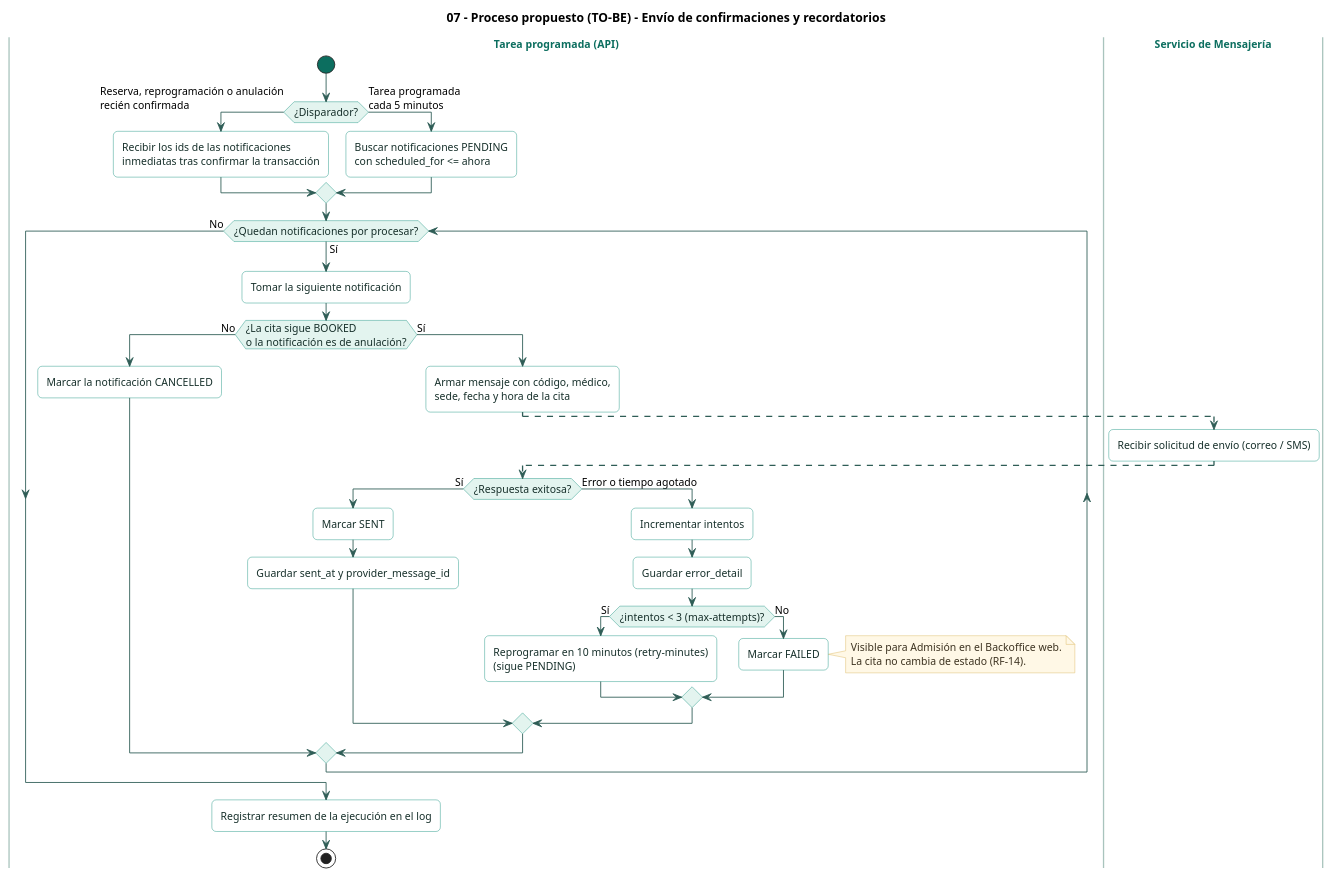
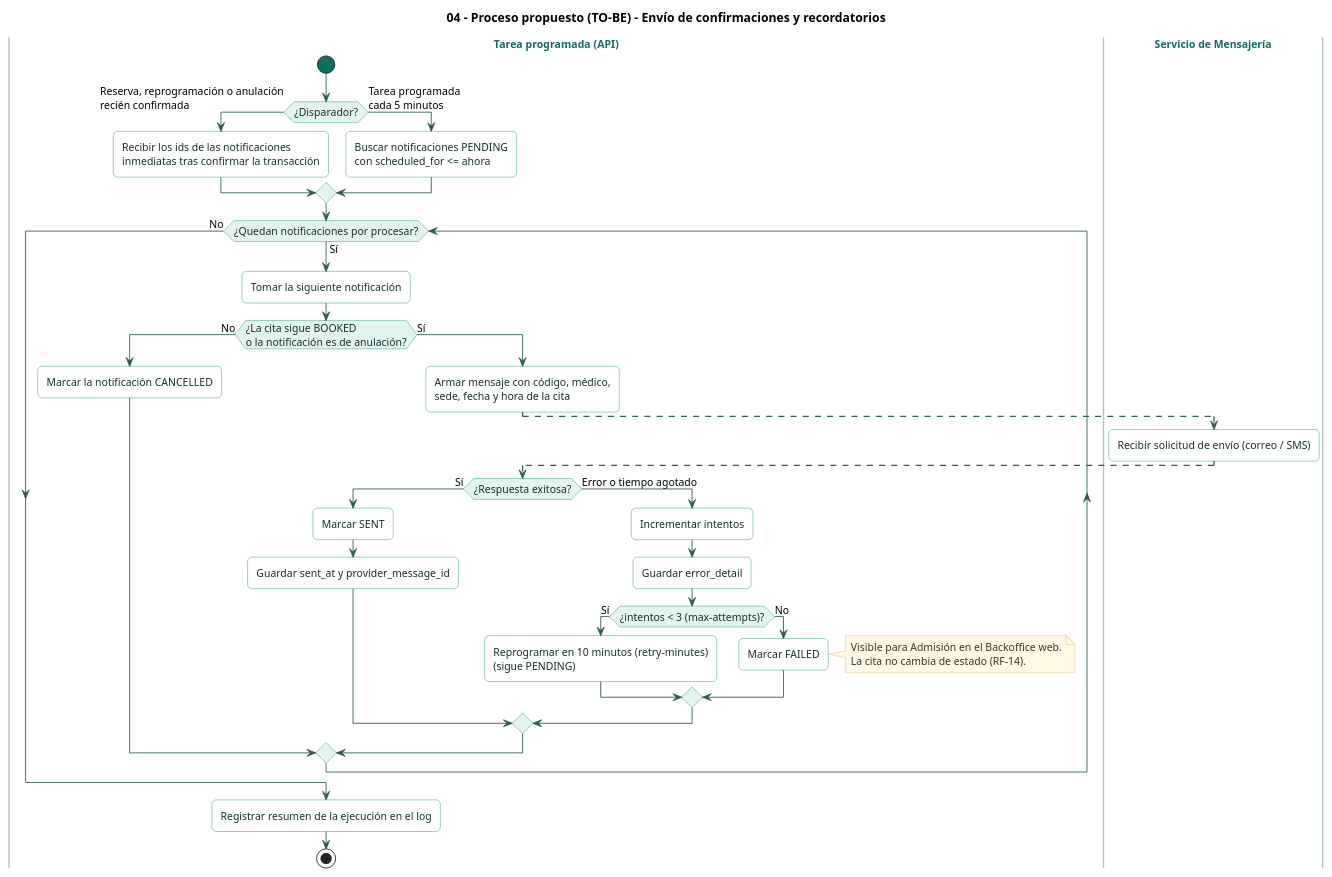
One commit to Jimena-CC/ProyectoCitasMedicas changed the diagram in docs/diagrams/processes/proposed/04-process-notifications.puml. Above: the diagram before and after it, drawn with PlantUML. The commit also changed 11 other files, not shown here.

Commit message:
docs(diagramas): quitar numeración de los títulos de los diagramas

```diff
--- a/docs/diagrams/processes/proposed/04-process-notifications.puml
+++ b/docs/diagrams/processes/proposed/04-process-notifications.puml
@@ -1,71 +1,71 @@
 @startuml
-title 07 - Proceso propuesto (TO-BE) - Envío de confirmaciones y recordatorios
+title 04 - Proceso propuesto (TO-BE) - Envío de confirmaciones y recordatorios
 
 skinparam shadowing false
 skinparam roundCorner 10
 skinparam defaultFontName "Helvetica"
 skinparam defaultFontSize 12
 skinparam ArrowColor #2F5D56
 skinparam SwimlaneBorderColor #A9C4BD
 skinparam SwimlaneTitleFontColor #0C6E5F
 skinparam SwimlaneTitleFontStyle bold
 skinparam activity {
   BackgroundColor #FFFFFF
   BorderColor #13917D
   FontColor #17302B
   DiamondBackgroundColor #E3F4EF
   DiamondBorderColor #13917D
   StartColor #0C6E5F
   EndColor #0C6E5F
 }
 skinparam note {
   BackgroundColor #FFF8E6
   BorderColor #D9B45A
   FontColor #3D3321
 }
 
 |Tarea programada (API)|
 |Servicio de Mensajería|
 
 |Tarea programada (API)|
 start
 if (¿Disparador?) then (Reserva, reprogramación o anulación\nrecién confirmada)
   :Recibir los ids de las notificaciones\ninmediatas tras confirmar la transacción;
 else (Tarea programada\ncada 5 minutos)
   :Buscar notificaciones PENDING\ncon scheduled_for <= ahora;
 endif
 
 while (¿Quedan notificaciones por procesar?) is (Sí)
   :Tomar la siguiente notificación;
   if (¿La cita sigue BOOKED\no la notificación es de anulación?) then (No)
     :Marcar la notificación CANCELLED;
   else (Sí)
     :Armar mensaje con código, médico,\nsede, fecha y hora de la cita;
     -[#2F5D56,dashed]->
     |Servicio de Mensajería|
     :Recibir solicitud de envío (correo / SMS);
     -[#2F5D56,dashed]->
     |Tarea programada (API)|
     if (¿Respuesta exitosa?) then (Sí)
       :Marcar SENT;
       :Guardar sent_at y provider_message_id;
     else (Error o tiempo agotado)
       :Incrementar intentos;
       :Guardar error_detail;
       if (¿intentos < 3 (max-attempts)?) then (Sí)
         :Reprogramar en 10 minutos (retry-minutes)\n(sigue PENDING);
       else (No)
         :Marcar FAILED;
         note right
           Visible para Admisión en el Backoffice web.
           La cita no cambia de estado (RF-14).
         end note
       endif
     endif
   endif
 endwhile (No)
 
 :Registrar resumen de la ejecución en el log;
 stop
 
 @enduml
```
